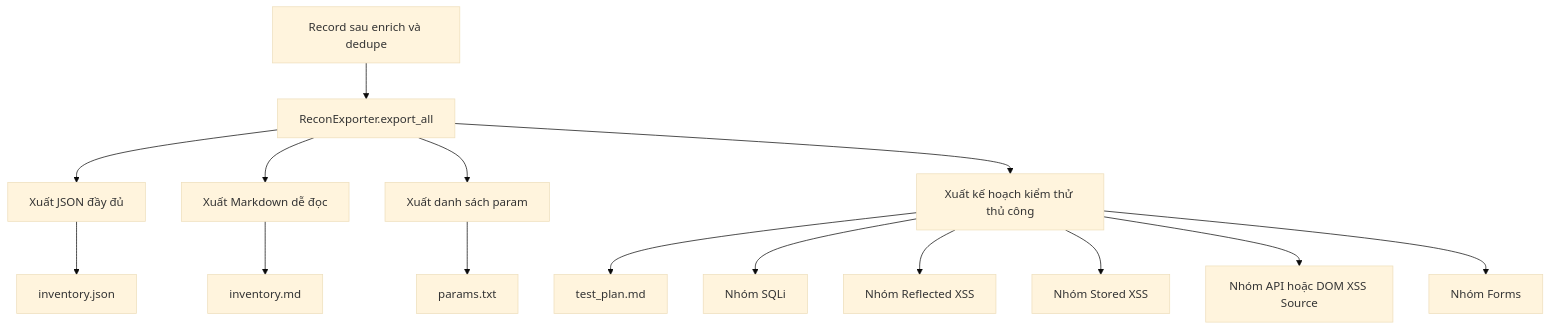
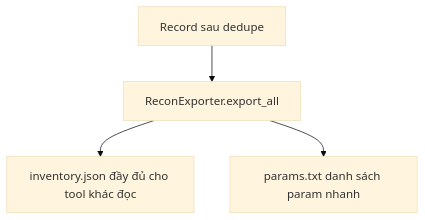
Before and after one commit to penguino7/toolkiemthu: the seventh of 8 diagrams in recontool/RECON_FLOW.md, drawn with Mermaid (base theme). The commit also changed other lines of this file and 34 other files, not shown here.

````diff
--- a/recontool/RECON_FLOW.md
+++ b/recontool/RECON_FLOW.md
@@ -258,20 +135,6 @@
 ```mermaid
 flowchart TD
-    A[Record sau enrich và dedupe] --> B[ReconExporter.export_all]
-
-    B --> C[Xuất JSON đầy đủ]
-    B --> D[Xuất Markdown dễ đọc]
-    B --> E[Xuất danh sách param]
-    B --> F[Xuất kế hoạch kiểm thử thủ công]
-
-    C --> G[inventory.json]
-    D --> H[inventory.md]
-    E --> I[params.txt]
-    F --> J[test_plan.md]
-
-    F --> K[Nhóm SQLi]
-    F --> L[Nhóm Reflected XSS]
-    F --> M[Nhóm Stored XSS]
-    F --> N[Nhóm API hoặc DOM XSS Source]
-    F --> O[Nhóm Forms]
+    A[Record sau dedupe] --> B[ReconExporter.export_all]
+    B --> C[inventory.json đầy đủ cho tool khác đọc]
+    B --> D[params.txt danh sách param nhanh]
 ```
````
